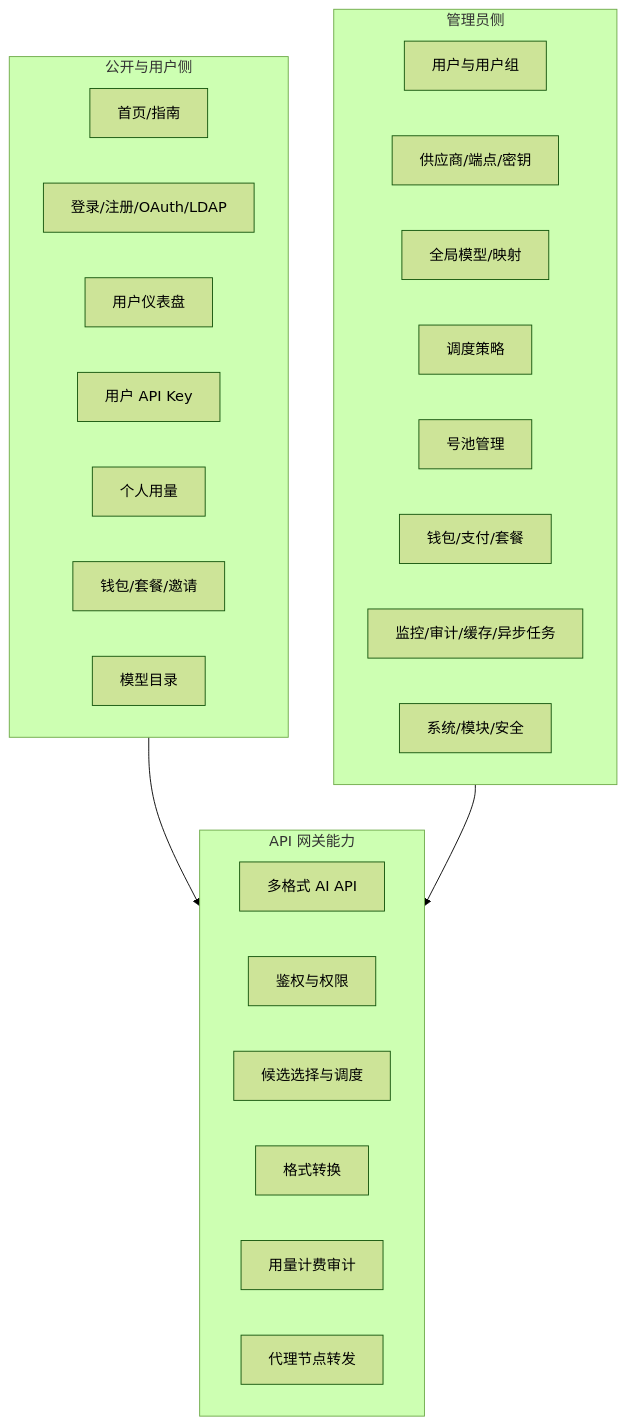
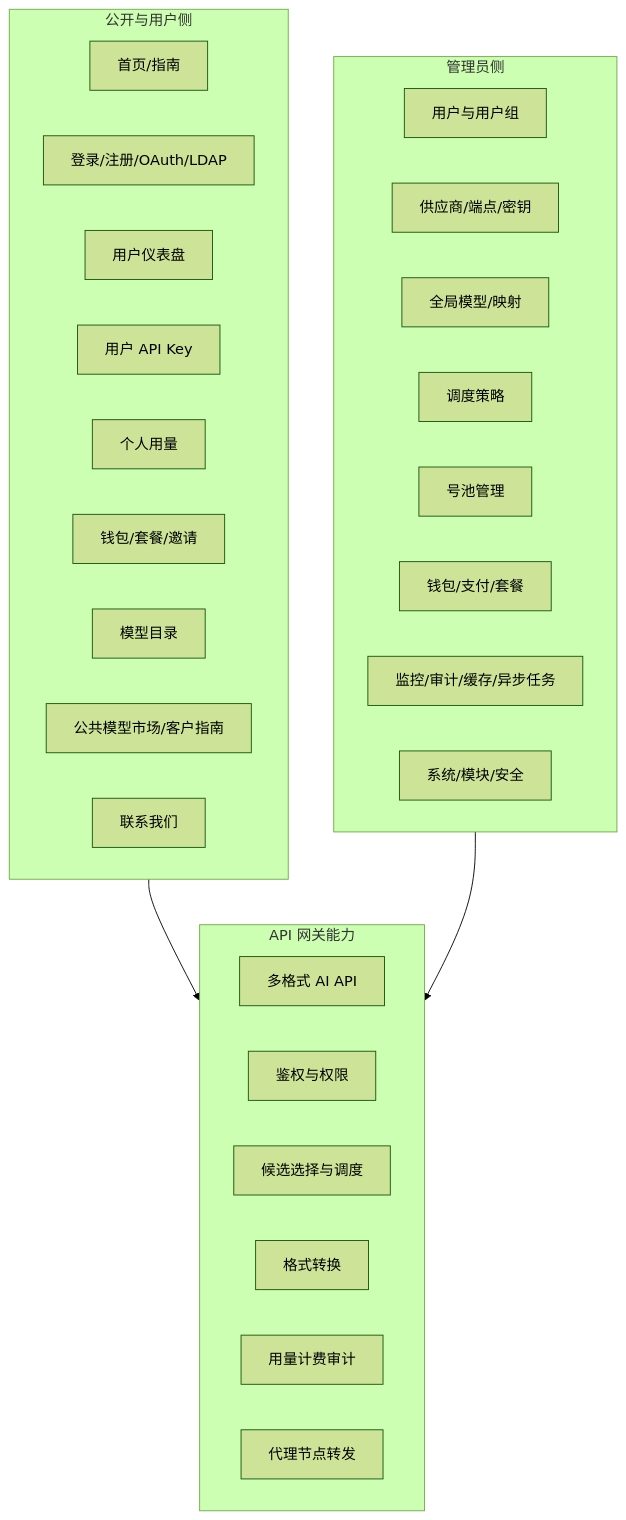
The first of 5 diagrams in docs/analysis/functional-design.md (g-dxw/Niffler), drawn with Mermaid (forest theme) before and after one commit. The commit also changed other lines of this file and 319 other files, not shown here.

````diff
--- a/docs/analysis/functional-design.md
+++ b/docs/analysis/functional-design.md
@@ -5,35 +5,37 @@
 ```mermaid
 flowchart TB
   subgraph Public[公开与用户侧]
     Home[首页/指南]
     Auth[登录/注册/OAuth/LDAP]
     UserDash[用户仪表盘]
     UserKeys[用户 API Key]
     UserUsage[个人用量]
     Wallet[钱包/套餐/邀请]
     ModelCatalog[模型目录]
+    PublicGuide[公共模型市场/客户指南]
+    ContactUs[联系我们]
   end
 
   subgraph Admin[管理员侧]
     Users[用户与用户组]
     Providers[供应商/端点/密钥]
     Models[全局模型/映射]
     Routing[调度策略]
     Pool[号池管理]
     Billing[钱包/支付/套餐]
     Ops[监控/审计/缓存/异步任务]
     System[系统/模块/安全]
   end
 
   subgraph Gateway[API 网关能力]
     AIAPI[多格式 AI API]
     Authz[鉴权与权限]
     Scheduler[候选选择与调度]
     Convert[格式转换]
     Usage[用量计费审计]
     Tunnel[代理节点转发]
   end
 
   Public --> Gateway
   Admin --> Gateway
 ```
````
